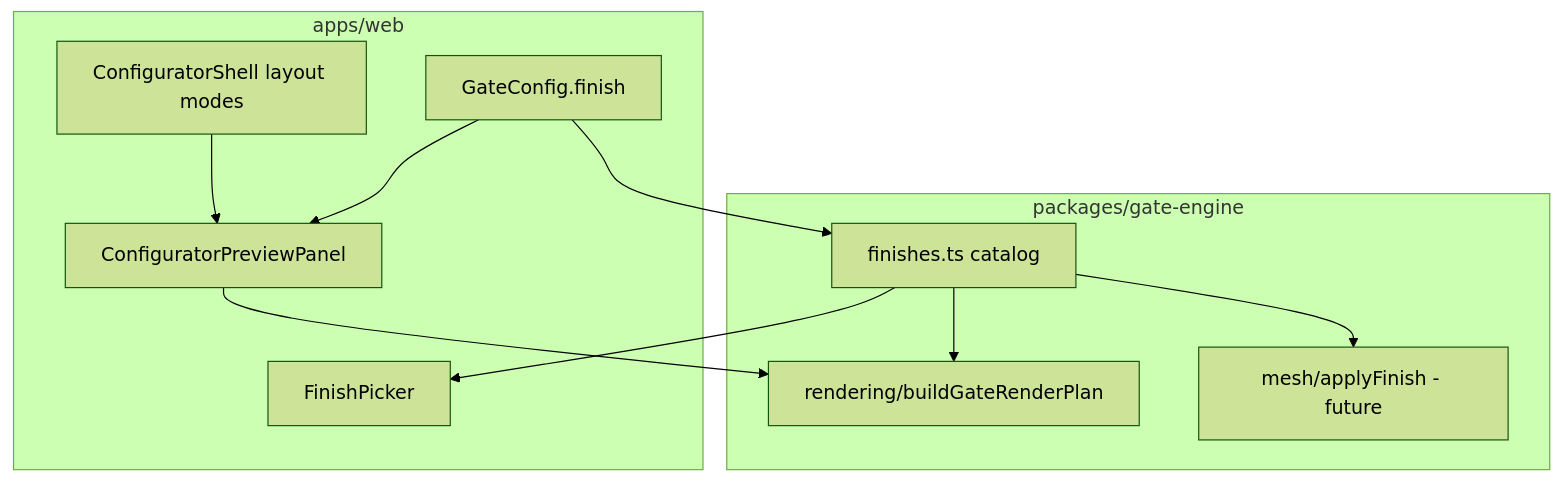
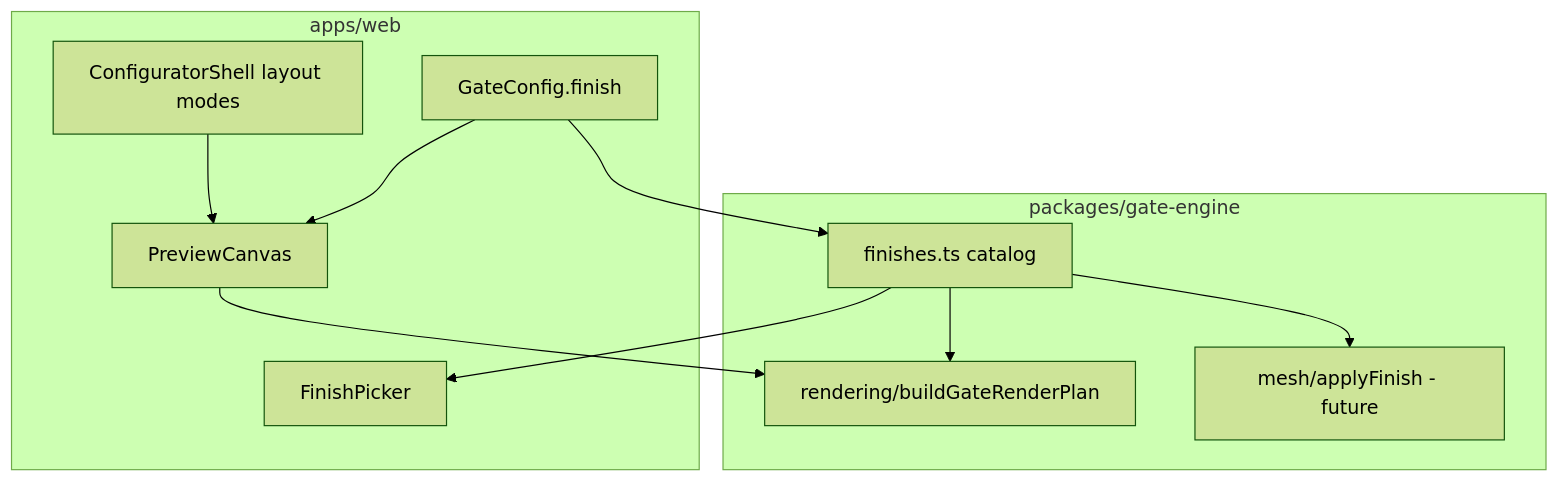
The diagram in docs/frontend/CONFIGURATOR_FINISH_ORIENTATION_EXECUTION_PLAN_2026-05-20.md (Otto-studio-it/Steelyes), drawn with Mermaid (forest theme) before and after one commit. The commit also changed other lines of this file and 138 other files, not shown here.

````diff
--- a/docs/frontend/CONFIGURATOR_FINISH_ORIENTATION_EXECUTION_PLAN_2026-05-20.md
+++ b/docs/frontend/CONFIGURATOR_FINISH_ORIENTATION_EXECUTION_PLAN_2026-05-20.md
@@ -64,23 +64,23 @@
 ```mermaid
 flowchart TB
     subgraph engine [packages/gate-engine]
         FC[finishes.ts catalog]
         R2D[rendering/buildGateRenderPlan]
         R3D[mesh/applyFinish - future]
     end
 
     subgraph web [apps/web]
         CFG[GateConfig.finish]
         PICK[FinishPicker]
-        PREV[ConfiguratorPreviewPanel]
+        PREV[PreviewCanvas]
         SHELL[ConfiguratorShell layout modes]
     end
 
     CFG --> FC
     FC --> R2D
     FC --> R3D
     FC --> PICK
     CFG --> PREV
     PREV --> R2D
     SHELL --> PREV
 ```
````
